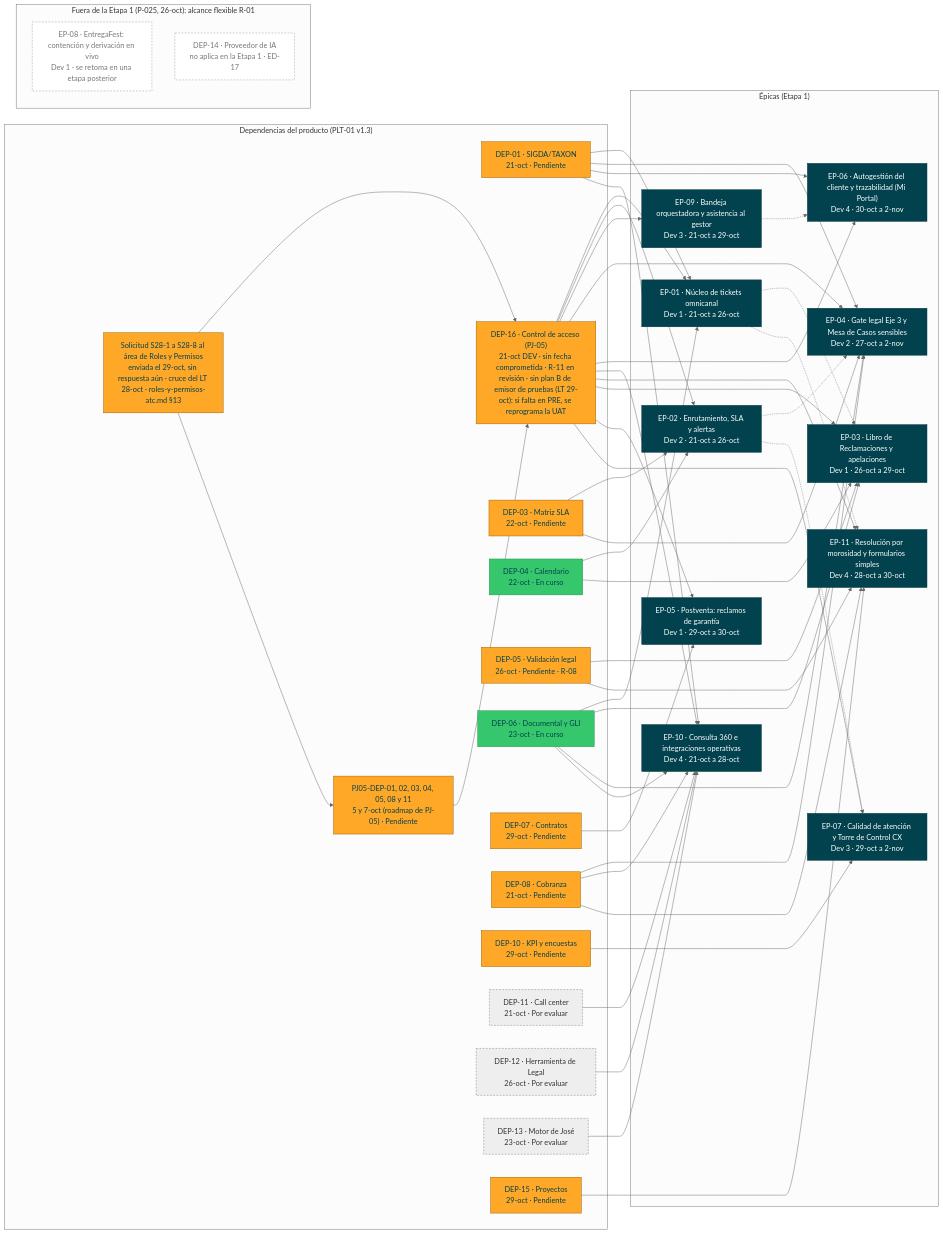
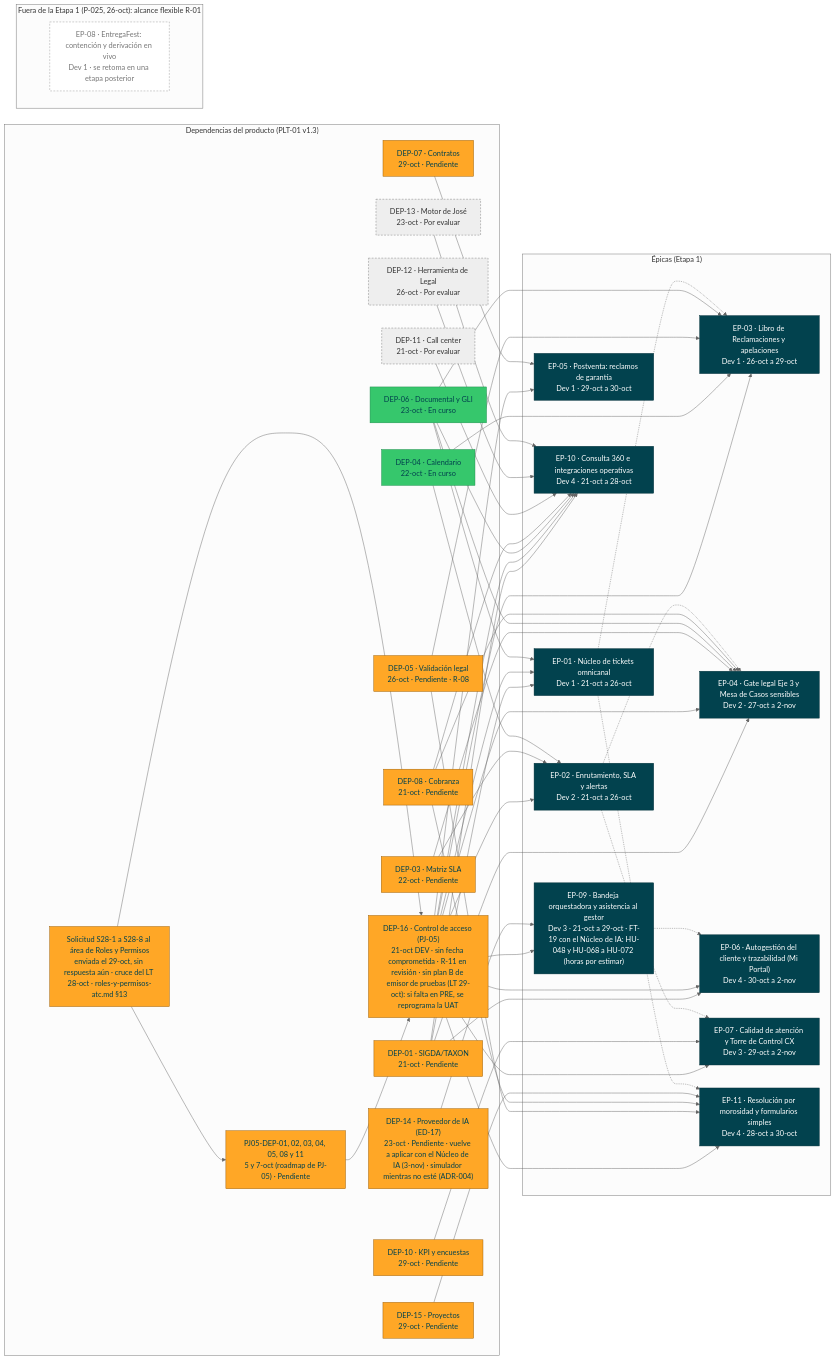
One commit to michel-poma-huachihuaco/tyc-mockup changed the diagram in docs/roadmap/dependencias.mmd. Above: the diagram before and after it, drawn with Mermaid (neutral theme). The commit also changed 79 other files, not shown here.

```diff
--- a/docs/roadmap/dependencias.mmd
+++ b/docs/roadmap/dependencias.mmd
@@ -1,106 +1,108 @@
 flowchart LR
   subgraph Deps["Dependencias del producto (PLT-01 v1.3)"]
     DEP01["DEP-01 · SIGDA/TAXON<br/>21-oct · Pendiente"]
     DEP16["DEP-16 · Control de acceso (PJ-05)<br/>21-oct DEV · sin fecha comprometida · R-11 en revisión · sin plan B de emisor de pruebas (LT 29-oct): si falta en PRE, se reprograma la UAT"]
     S28["Solicitud S28-1 a S28-8 al área de Roles y Permisos<br/>enviada el 29-oct, sin respuesta aún · cruce del LT 28-oct · roles-y-permisos-atc.md §13"]
     PJ05["PJ05-DEP-01, 02, 03, 04, 05, 08 y 11<br/>5 y 7-oct (roadmap de PJ-05) · Pendiente"]
     DEP03["DEP-03 · Matriz SLA<br/>22-oct · Pendiente"]
     DEP04["DEP-04 · Calendario<br/>22-oct · En curso"]
     DEP05["DEP-05 · Validación legal<br/>26-oct · Pendiente · R-08"]
     DEP06["DEP-06 · Documental y GLI<br/>23-oct · En curso"]
     DEP07["DEP-07 · Contratos<br/>29-oct · Pendiente"]
     DEP08["DEP-08 · Cobranza<br/>21-oct · Pendiente"]
     DEP10["DEP-10 · KPI y encuestas<br/>29-oct · Pendiente"]
     DEP11["DEP-11 · Call center<br/>21-oct · Por evaluar"]
     DEP12["DEP-12 · Herramienta de Legal<br/>26-oct · Por evaluar"]
     DEP13["DEP-13 · Motor de José<br/>23-oct · Por evaluar"]
+    DEP14["DEP-14 · Proveedor de IA (ED-17)<br/>23-oct · Pendiente · vuelve a aplicar con el Núcleo de IA (3-nov) · simulador mientras no esté (ADR-004)"]
     DEP15["DEP-15 · Proyectos<br/>29-oct · Pendiente"]
   end
   subgraph Epicas["Épicas (Etapa 1)"]
     EPATC01["EP-01 · Núcleo de tickets omnicanal<br/>Dev 1 · 21-oct a 26-oct"]
     EPATC02["EP-02 · Enrutamiento, SLA y alertas<br/>Dev 2 · 21-oct a 26-oct"]
     EPATC03["EP-03 · Libro de Reclamaciones y apelaciones<br/>Dev 1 · 26-oct a 29-oct"]
     EPATC04["EP-04 · Gate legal Eje 3 y Mesa de Casos sensibles<br/>Dev 2 · 27-oct a 2-nov"]
     EPATC05["EP-05 · Postventa: reclamos de garantía<br/>Dev 1 · 29-oct a 30-oct"]
     EPATC06["EP-06 · Autogestión del cliente y trazabilidad (Mi Portal)<br/>Dev 4 · 30-oct a 2-nov"]
     EPATC07["EP-07 · Calidad de atención y Torre de Control CX<br/>Dev 3 · 29-oct a 2-nov"]
-    EPATC09["EP-09 · Bandeja orquestadora y asistencia al gestor<br/>Dev 3 · 21-oct a 29-oct"]
+    EPATC09["EP-09 · Bandeja orquestadora y asistencia al gestor<br/>Dev 3 · 21-oct a 29-oct · FT-19 con el Núcleo de IA: HU-048 y HU-068 a HU-072 (horas por estimar)"]
     EPATC10["EP-10 · Consulta 360 e integraciones operativas<br/>Dev 4 · 21-oct a 28-oct"]
     EPATC11["EP-11 · Resolución por morosidad y formularios simples<br/>Dev 4 · 28-oct a 30-oct"]
   end
   subgraph Fuera["Fuera de la Etapa 1 (P-025, 26-oct): alcance flexible R-01"]
     EPATC08["EP-08 · EntregaFest: contención y derivación en vivo<br/>Dev 1 · se retoma en una etapa posterior"]
-    DEP14["DEP-14 · Proveedor de IA<br/>no aplica en la Etapa 1 · ED-17"]
   end
   DEP01 --> EPATC01
   DEP01 --> EPATC04
   DEP01 --> EPATC06
   DEP01 --> EPATC10
   PJ05 --> DEP16
   S28 --> DEP16
   S28 --> PJ05
   DEP16 --> EPATC01
   DEP16 --> EPATC02
   DEP16 --> EPATC09
   DEP16 --> EPATC04
   DEP16 --> EPATC06
   DEP16 --> EPATC10
   DEP16 --> EPATC11
   DEP16 --> EPATC03
   DEP16 --> EPATC05
   DEP16 --> EPATC07
   DEP03 --> EPATC02
   DEP03 --> EPATC04
   DEP04 --> EPATC02
   DEP04 --> EPATC03
   DEP05 --> EPATC03
   DEP05 --> EPATC11
   DEP06 --> EPATC01
   DEP06 --> EPATC03
   DEP06 --> EPATC04
   DEP06 --> EPATC10
   DEP07 --> EPATC05
   DEP08 --> EPATC04
   DEP08 --> EPATC10
   DEP08 --> EPATC11
   DEP10 --> EPATC07
   DEP11 --> EPATC10
   DEP12 --> EPATC10
   DEP13 --> EPATC10
+  DEP14 --> EPATC09
   DEP15 --> EPATC11
   EPATC01 -..-> EPATC03
   EPATC01 -..-> EPATC11
   EPATC02 -..-> EPATC04
   EPATC02 -..-> EPATC07
   EPATC09 -..-> EPATC06
   classDef pend fill:#FFA726,stroke:#9A5B00,color:#02424E
   classDef curso fill:#36C76C,stroke:#1B8A4A,color:#02424E
   classDef eval fill:#EEEEEE,stroke:#777,color:#333,stroke-dasharray:4 3
   classDef ep fill:#02424E,stroke:#012F38,color:#FFFFFF
   classDef fuera fill:#FFFFFF,stroke:#999,color:#777,stroke-dasharray:4 3
   class DEP01 pend
   class DEP16 pend
   class PJ05 pend
   class S28 pend
   class DEP03 pend
   class DEP04 curso
   class DEP05 pend
   class DEP06 curso
   class DEP07 pend
   class DEP08 pend
   class DEP10 pend
   class DEP11 eval
   class DEP12 eval
   class DEP13 eval
-  class DEP14 fuera
+  class DEP14 pend
   class DEP15 pend
   class EPATC01,EPATC02,EPATC03,EPATC04,EPATC05,EPATC06,EPATC07,EPATC09,EPATC10,EPATC11 ep
   class EPATC08 fuera
 %% 0.4 · 2026-10-26 · Brayan Hurtado, con IA (Claude) · DEP-16 «en riesgo» y sus épicas desde las 23 HU que la tienen (C-12). — Revisado por: (pendiente)
 %% 0.5 · 2026-10-26 · Brayan Hurtado, con IA (Claude) · La DEP-16 la tienen 24 HU (suma HU-049, RN-SVC-036; P-034); sus épicas no cambian. Las épicas siguen con las 6 dependencias lógicas del PO (Gantt del PLT-01 y PLT-02). — Revisado por: (pendiente)
 %% 0.6 · 2026-10-26 · Brayan Hurtado, con IA (Claude) · DEP-16 como riesgo aceptado con mitigación (R-11, ED-08), DEP-05 con R-08 (ED-13) y DEP-14 con proveedor decidido (ED-17), según `analisis/decisiones.md` v0.7. — Revisado por: (pendiente)
 %% 0.7 · 2026-10-26 · Brayan Hurtado, con IA (Claude) · P-025 decidida por el equipo (`analisis/decisiones.md` v0.8): EP-08 y DEP-14 pasan al grupo «Fuera de la Etapa 1», sin flechas; salen DEP-14 → EP-09, DEP-14 → EP-10 y EP-04 → EP-08. En la Etapa 1 quedan 10 épicas, 13 dependencias del producto y 5 dependencias lógicas entre épicas. — Revisado por: (pendiente)
 %% 0.8 · 2026-10-28 · Jesús Chávez Elías, con IA (Claude) · Contraste con Control de acceso (PJ-05): la DEP-16 pasa a «sin fecha comprometida; R-11 y R-12» y suma el nodo PJ05 (PJ05-DEP-01, 02, 03, 04, 05, 08 y 11, con las fechas del roadmap de PJ-05: 5 y 7-oct, Pendiente). La DEP-16 suma las flechas a EP-03, EP-05 y EP-07 (desde el 28-oct abarca las 10 épicas de la Etapa 1: sus operaciones exigen rol del token). — Revisado por: (pendiente)
 %% 0.9 · 2026-10-28 · Jesús Chávez Elías, con IA (Claude) · Cruce del Líder Técnico del 28-oct (C14 a C20): nodo S28 (solicitud S28-1 a S28-8, a enviar por el equipo; `arquitectura/roles-y-permisos-atc.md` §13) enlazado con DEP-16 y PJ05-DEP; DEP-16 con R-11 y R-12 en revisión: el emisor de pruebas solo vale en local, la UAT del 03-nov exige Control de acceso en DEV y no es un riesgo aceptado por el Líder Técnico (C-12). — Revisado por: (pendiente)
 %% 0.10 · 2026-10-29 · Jesús Chávez Elías, con IA (Claude) · revisión del Líder Técnico del 29-oct (puntos 1 a 7): DEP-16 sin plan B de emisor de pruebas (si Control de acceso no está en PRE para la UAT, la UAT se reprograma; el emisor de pruebas solo sirve en local); la UAT exige Control de acceso en PRE, no en DEV (texto superado de la 0.9: «exige Control de acceso en DEV»); S28 preparada el 29-oct, aún sin enviar. — Revisado por: (pendiente)
 %% 0.11 · 2026-10-29 · Jesús Chávez Elías, con IA (Claude) · Registrado el envío de la solicitud S28 a Sony Montoya el 29-oct. — Revisado por: (pendiente)
+%% 0.12 · 2026-11-03 · Jesús Chávez Elías, con IA (Claude) · El Núcleo de IA entra en la Etapa 1 (ED-29; ADR-007 v0.9): DEP-14 vuelve al grupo de dependencias del producto y se enlaza con EP-09 (DEP-14 → EP-09; no con EP-10, porque HU-053 sigue fuera); EP-09 incluye HU-048 y HU-068 a HU-072 (FT-19; horas por estimar por el equipo). En la Etapa 1 quedan 10 épicas, 14 dependencias del producto y 5 dependencias lógicas entre épicas. — Revisado por: (pendiente)
```
